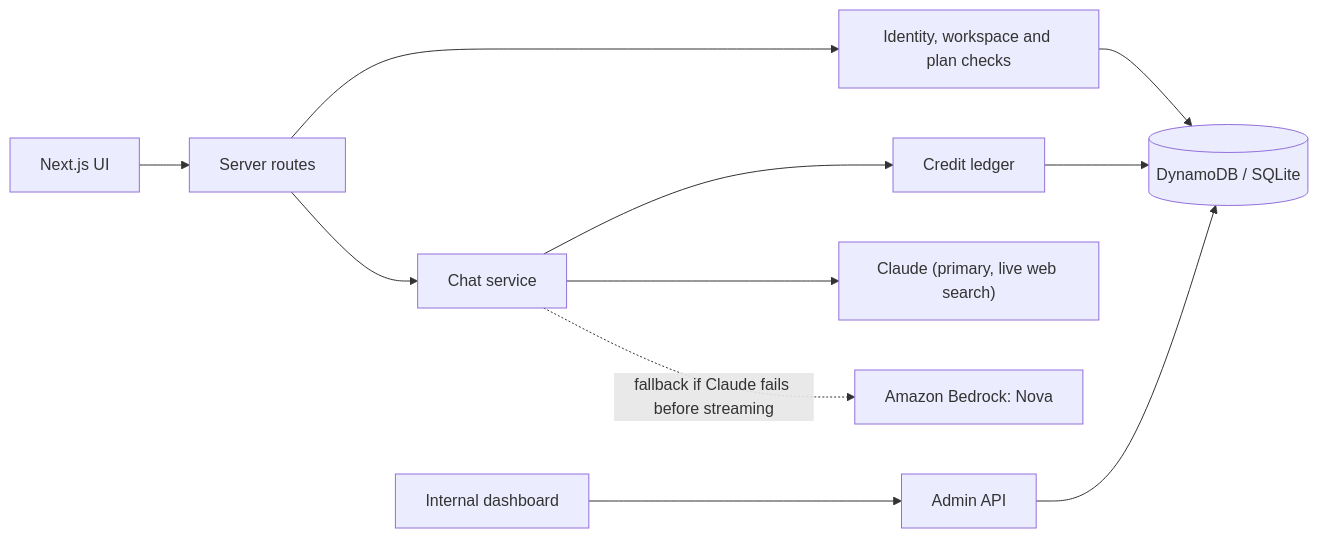
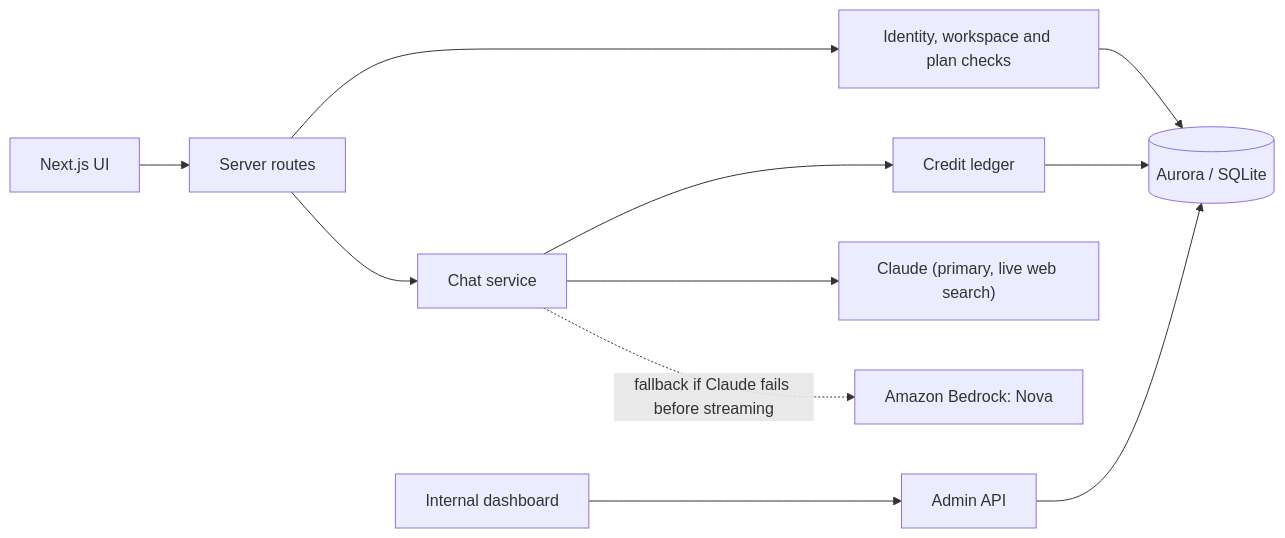
One commit to Sanjeev1802/Aria changed the diagram in README.md. Above: the diagram before and after it, drawn with Mermaid. The commit also changed other lines of this file and 27 other files, not shown here.

````diff
--- a/README.md
+++ b/README.md
@@ -51,13 +51,13 @@
 ```mermaid
 flowchart LR
   Browser["Next.js UI"] --> API["Server routes"]
   API --> Access["Identity, workspace and plan checks"]
   API --> Chat["Chat service"]
   Chat --> Ledger["Credit ledger"]
   Chat --> Claude["Claude (primary, live web search)"]
   Chat -. "fallback if Claude fails before streaming" .-> Nova["Amazon Bedrock: Nova"]
-  Access --> Store[("DynamoDB / SQLite")]
+  Access --> Store[("Aurora / SQLite")]
   Ledger --> Store
   Console["Internal dashboard"] --> Admin["Admin API"]
   Admin --> Store
 ```
````
